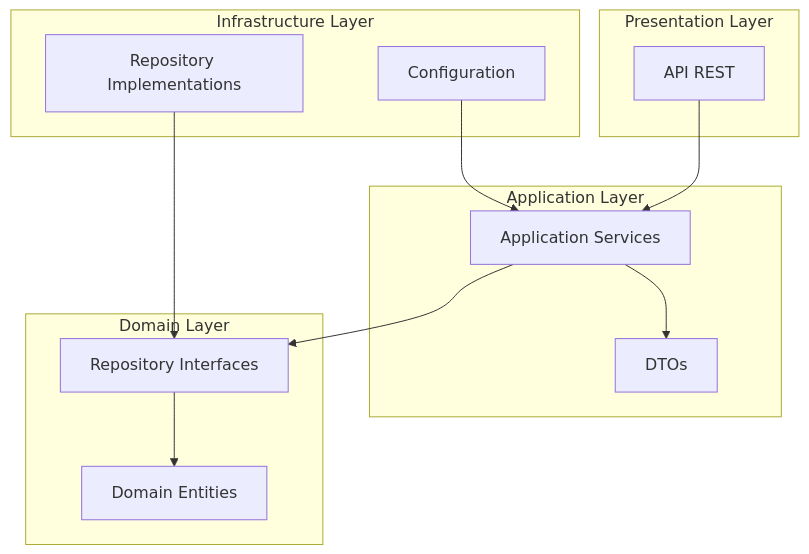
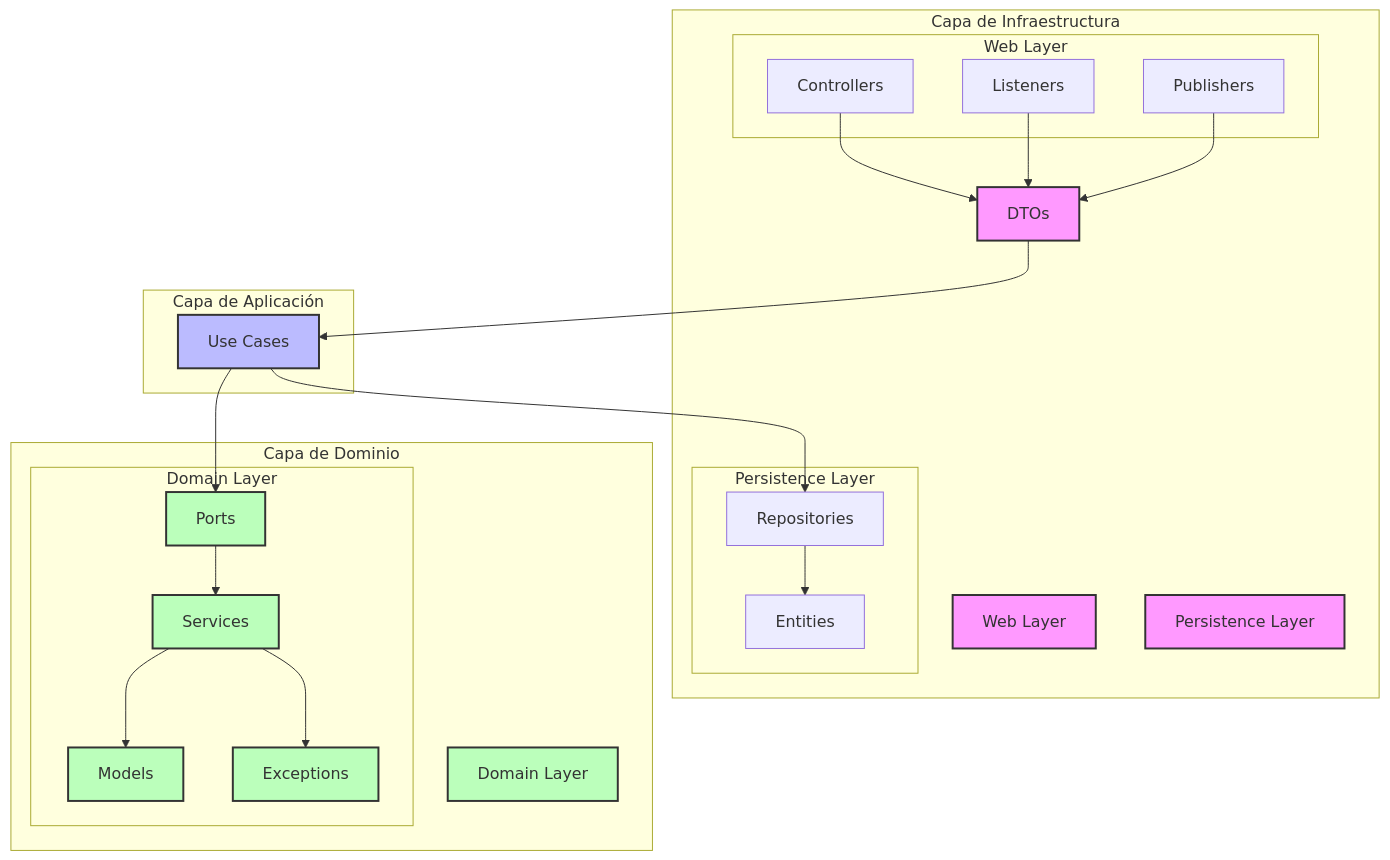
Before and after one commit to JYBenitez/blue-bird: the diagram in README.md, drawn with Mermaid. The commit also changed other lines of this file and 1 other file, not shown here.

````diff
--- a/README.md
+++ b/README.md
@@ -32,28 +36,55 @@
 ```mermaid
-graph TD
-    subgraph "Presentation Layer"
-        API[API REST]
+graph TB
+    subgraph "Capa de Infraestructura"
+        Web[Web Layer]
+        Persistence[Persistence Layer]
+        DTOs[DTOs]
+        
+        subgraph "Web Layer"
+            Controllers[Controllers]
+            Listeners[Listeners]
+            Publishers[Publishers]
+        end
+        
+        subgraph "Persistence Layer"
+            Repositories[Repositories]
+            Entities[Entities]
+        end
     end
-
-    subgraph "Application Layer"
-        Services[Application Services]
-        DTOs[DTOs]
+    
+    subgraph "Capa de Aplicación"
+        UseCases[Use Cases]
     end
-
-    subgraph "Domain Layer"
-        Entities[Domain Entities]
-        Repositories[Repository Interfaces]
+    
+    subgraph "Capa de Dominio"
+        Domain[Domain Layer]
+        
+        subgraph "Domain Layer"
+            Models[Models]
+            Services[Services]
+            Ports[Ports]
+            Exceptions[Exceptions]
+        end
     end
-
-    subgraph "Infrastructure Layer"
-        RepoImpl[Repository Implementations]
-        Config[Configuration]
-    end
-
-    API --> Services
-    Services --> DTOs
-    Services --> Repositories
+    
+    %% Conexiones
+    Controllers --> DTOs
+    DTOs --> UseCases
+    UseCases --> Ports
+    Ports --> Services
+    Services --> Models
+    Services --> Exceptions
+    UseCases --> Repositories
     Repositories --> Entities
-    RepoImpl --> Repositories
-    Config --> Services
+    Listeners --> DTOs
+    Publishers --> DTOs
+    
+    %% Estilos
+    classDef infrastructure fill:#f9f,stroke:#333,stroke-width:2px
+    classDef application fill:#bbf,stroke:#333,stroke-width:2px
+    classDef domain fill:#bfb,stroke:#333,stroke-width:2px
+    
+    class Web,Persistence,DTOs infrastructure
+    class UseCases application
+    class Domain,Models,Services,Ports,Exceptions domain
 ```
````
